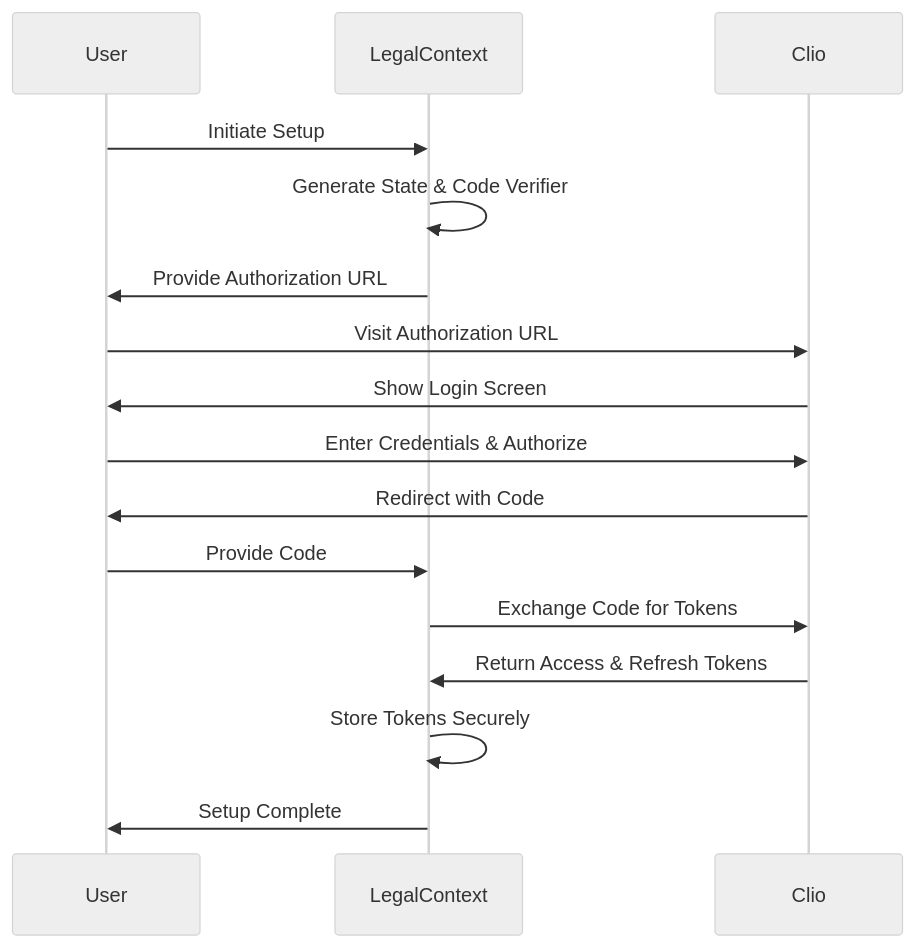
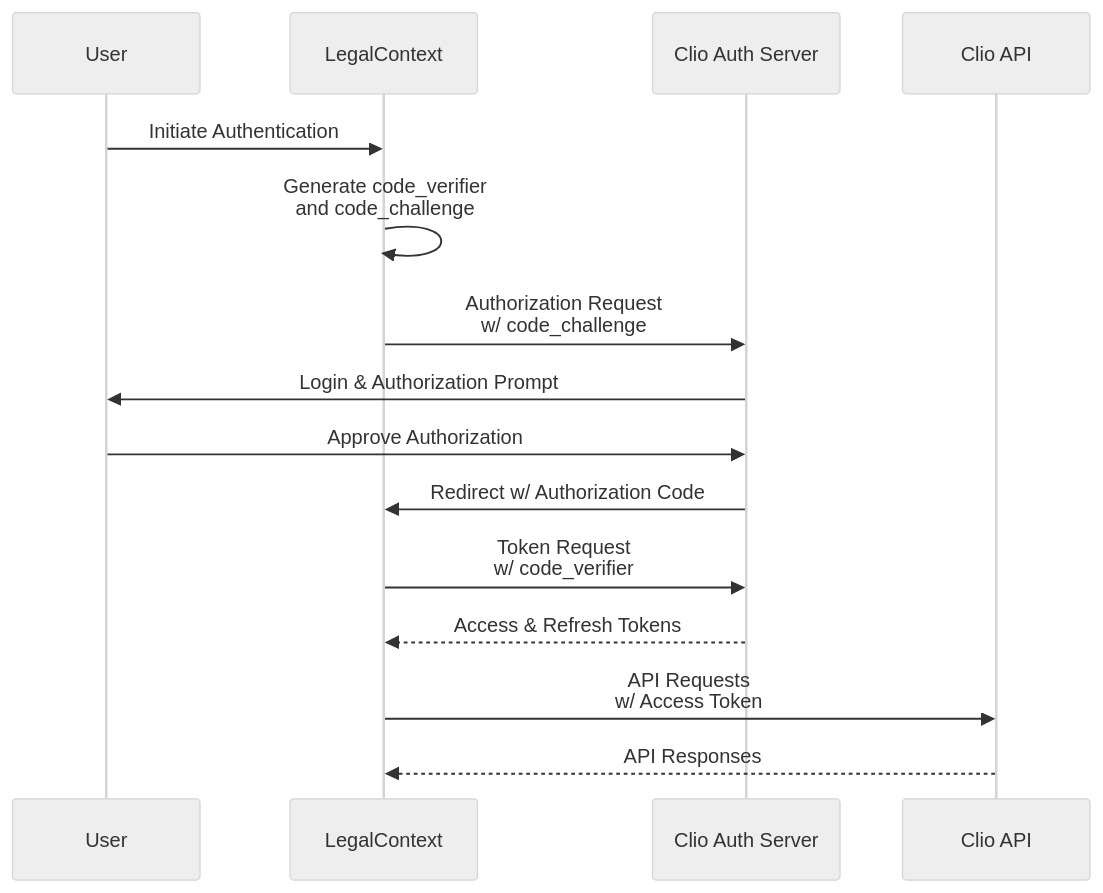
One commit to protomated/legal-context changed the diagram in docs/clio-oauth-integration.md. Above: the diagram before and after it, drawn with Mermaid (neutral theme). The commit also changed other lines of this file and 60 other files, not shown here.

Commit message:
implements the OAuth flow with Clio. Completes #7

````diff
--- a/docs/clio-oauth-integration.md
+++ b/docs/clio-oauth-integration.md
@@ -18,19 +9,18 @@
 ```mermaid
 sequenceDiagram
     participant User
     participant LegalContext
-    participant Clio
-    
-    User->>LegalContext: Initiate Setup
-    LegalContext->>LegalContext: Generate State & Code Verifier
-    LegalContext->>User: Provide Authorization URL
-    User->>Clio: Visit Authorization URL
-    Clio->>User: Show Login Screen
-    User->>Clio: Enter Credentials & Authorize
-    Clio->>User: Redirect with Code
-    User->>LegalContext: Provide Code
-    LegalContext->>Clio: Exchange Code for Tokens
-    Clio->>LegalContext: Return Access & Refresh Tokens
-    LegalContext->>LegalContext: Store Tokens Securely
-    LegalContext->>User: Setup Complete
+    participant Clio as Clio Auth Server
+    participant ClioAPI as Clio API
+
+    User->>LegalContext: Initiate Authentication
+    LegalContext->>LegalContext: Generate code_verifier<br>and code_challenge
+    LegalContext->>Clio: Authorization Request<br>w/ code_challenge
+    Clio->>User: Login & Authorization Prompt
+    User->>Clio: Approve Authorization
+    Clio->>LegalContext: Redirect w/ Authorization Code
+    LegalContext->>Clio: Token Request<br>w/ code_verifier
+    Clio-->>LegalContext: Access & Refresh Tokens
+    LegalContext->>ClioAPI: API Requests<br>w/ Access Token
+    ClioAPI-->>LegalContext: API Responses
 ```
````
